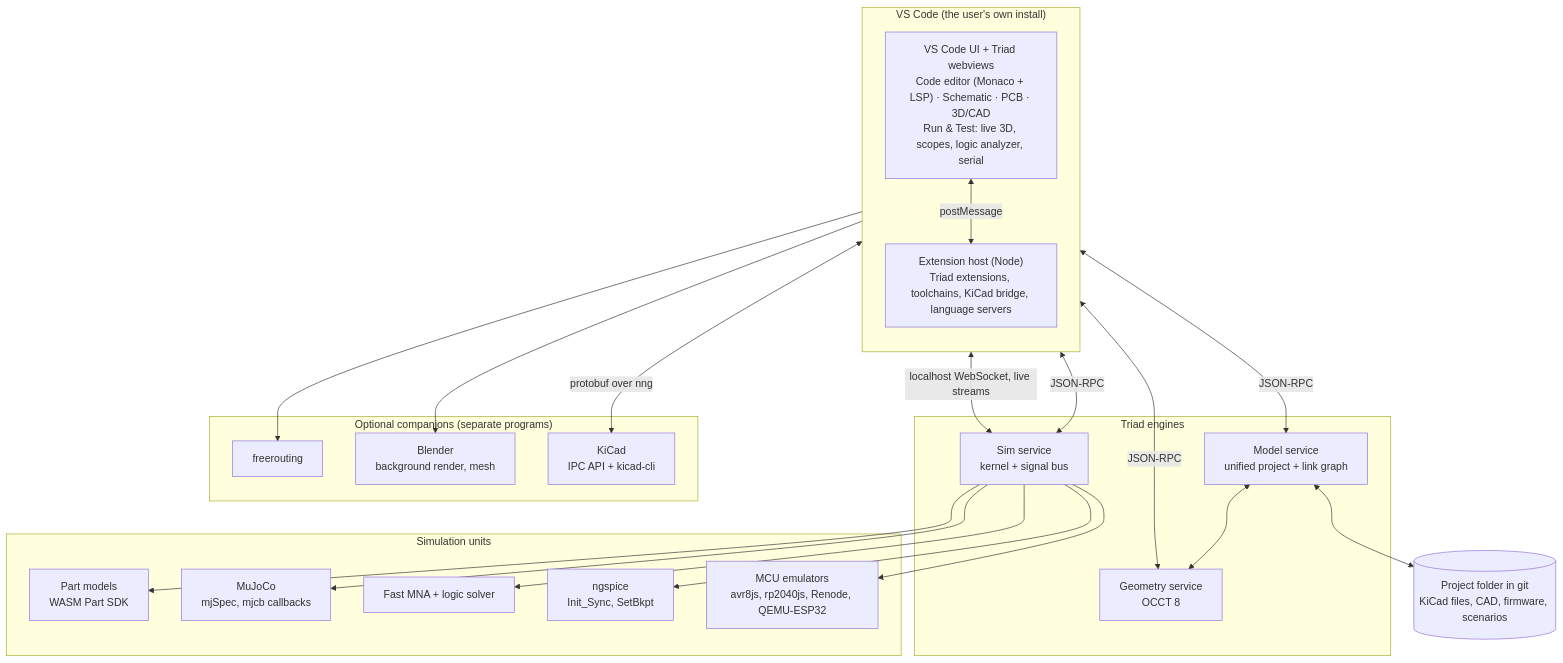
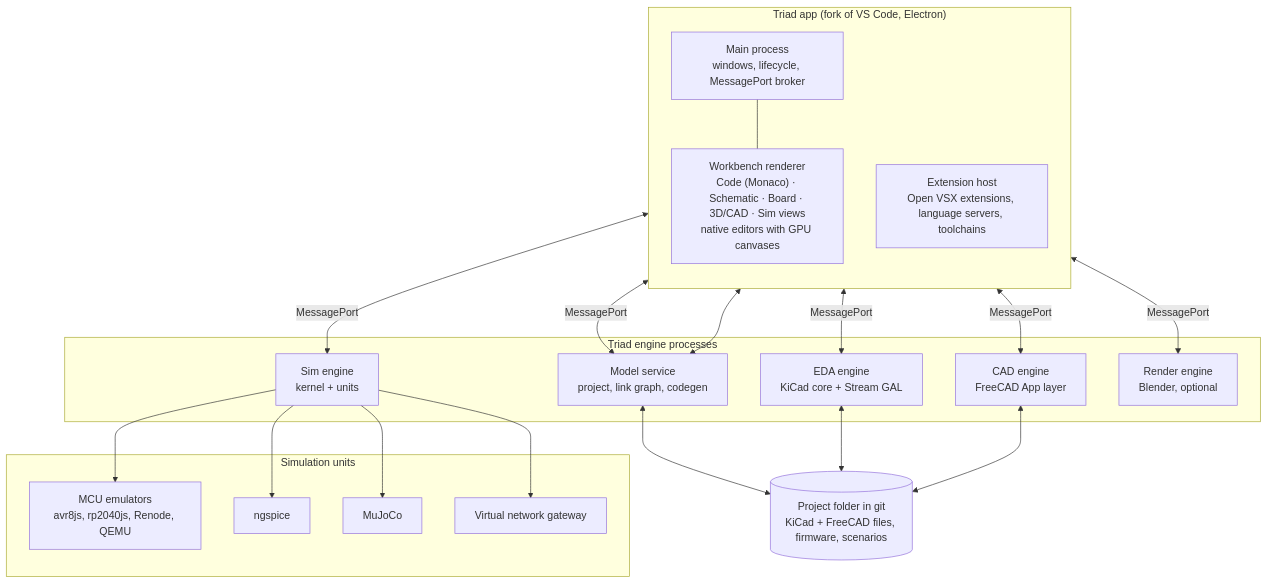
Before and after one commit to NoboIshraque/triage: the first of 3 diagrams in docs/PLAN.md, drawn with Mermaid. The commit also changed other lines of this file and 21 other files, not shown here.

First line of the commit message:
docs: re-plan Triad as a standalone app on VS Code's codebase

````diff
--- a/docs/PLAN.md
+++ b/docs/PLAN.md
@@ -136,37 +120,34 @@
 ```mermaid
 flowchart TB
-  subgraph VSC["VS Code (the user's own install)"]
+  subgraph TRIAD["Triad app (fork of VS Code, Electron)"]
     direction TB
-    UI["VS Code UI + Triad webviews<br/>Code editor (Monaco + LSP) · Schematic · PCB · 3D/CAD<br/>Run & Test: live 3D, scopes, logic analyzer, serial"]
-    EXT["Extension host (Node)<br/>Triad extensions, toolchains, KiCad bridge, language servers"]
+    UI["Workbench renderer<br/>Code (Monaco) · Schematic · Board · 3D/CAD · Sim views<br/>native editors with GPU canvases"]
+    MAIN["Main process<br/>windows, lifecycle, MessagePort broker"]
+    EXT["Extension host<br/>Open VSX extensions, language servers, toolchains"]
   end
-  subgraph ENG["Triad engines"]
-    MODEL["Model service<br/>unified project + link graph"]
-    GEOM["Geometry service<br/>OCCT 8"]
-    SIM["Sim service<br/>kernel + signal bus"]
+  subgraph ENGINES["Triad engine processes"]
+    MODEL["Model service<br/>project, link graph, codegen"]
+    EDA["EDA engine<br/>KiCad core + Stream GAL"]
+    CAD["CAD engine<br/>FreeCAD App layer"]
+    SIM["Sim engine<br/>kernel + units"]
+    REN["Render engine<br/>Blender, optional"]
   end
   subgraph UNITS["Simulation units"]
-    MCU["MCU emulators<br/>avr8js, rp2040js, Renode, QEMU-ESP32"]
-    SPICE["ngspice<br/>Init_Sync, SetBkpt"]
-    FAST["Fast MNA + logic solver"]
-    PHYS["MuJoCo<br/>mjSpec, mjcb callbacks"]
-    PARTS["Part models<br/>WASM Part SDK"]
+    MCU["MCU emulators<br/>avr8js, rp2040js, Renode, QEMU"]
+    SPICE["ngspice"]
+    PHYS["MuJoCo"]
+    NET["Virtual network gateway"]
   end
-  subgraph SIDE["Optional companions (separate programs)"]
-    KICAD["KiCad<br/>IPC API + kicad-cli"]
-    BLENDER["Blender<br/>background render, mesh"]
-    FREE["freerouting"]
-  end
-  FILES[("Project folder in git<br/>KiCad files, CAD, firmware, scenarios")]
-  UI <-->|postMessage| EXT
-  EXT <-->|JSON-RPC| MODEL
-  EXT <-->|JSON-RPC| GEOM
-  EXT <-->|JSON-RPC| SIM
-  UI <-->|"localhost WebSocket, live streams"| SIM
+  FILES[("Project folder in git<br/>KiCad + FreeCAD files, firmware, scenarios")]
+  MAIN --- UI
+  UI <-->|MessagePort| MODEL
+  UI <-->|MessagePort| EDA
+  UI <-->|MessagePort| CAD
+  UI <-->|MessagePort| SIM
+  UI <-->|MessagePort| REN
+  EXT <--> MODEL
   MODEL <--> FILES
-  MODEL <--> GEOM
-  SIM --> MCU & SPICE & FAST & PHYS & PARTS
-  EXT <-->|protobuf over nng| KICAD
-  EXT --> BLENDER
-  EXT --> FREE
+  EDA <--> FILES
+  CAD <--> FILES
+  SIM --> MCU & SPICE & PHYS & NET
 ```
````
